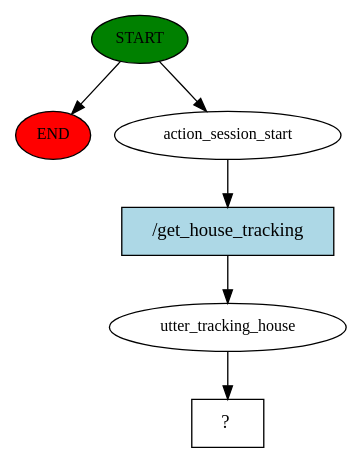
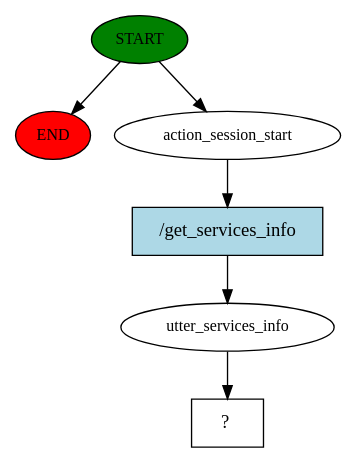
The diagram in story_graph.dot (AlejandroChitivaC/BotPythonRasa), drawn with Graphviz before and after one commit. The commit also changed 5 other files, not shown here.

```diff
--- a/story_graph.dot
+++ b/story_graph.dot
@@ -1,13 +1,13 @@
 digraph  {
 0 [class="start active", fillcolor=green, fontsize=12, label=START, style=filled];
 "-1" [class=end, fillcolor=red, fontsize=12, label=END, style=filled];
 1 [class=active, fontsize=12, label=action_session_start];
-2 [class=active, fontsize=12, label=utter_tracking_house];
+2 [class=active, fontsize=12, label=utter_services_info];
 3 [class="intent dashed active", label="  ?  ", shape=rect];
-4 [class="intent active", fillcolor=lightblue, label="/get_house_tracking", shape=rect, style=filled];
+4 [class="intent active", fillcolor=lightblue, label="/get_services_info", shape=rect, style=filled];
 0 -> "-1"  [class="", key=NONE, label=""];
 0 -> 1  [class=active, key=NONE, label=""];
 1 -> 4  [class=active, key=0];
 2 -> 3  [class=active, key=NONE, label=""];
 4 -> 2  [class=active, key=0];
 }
```
